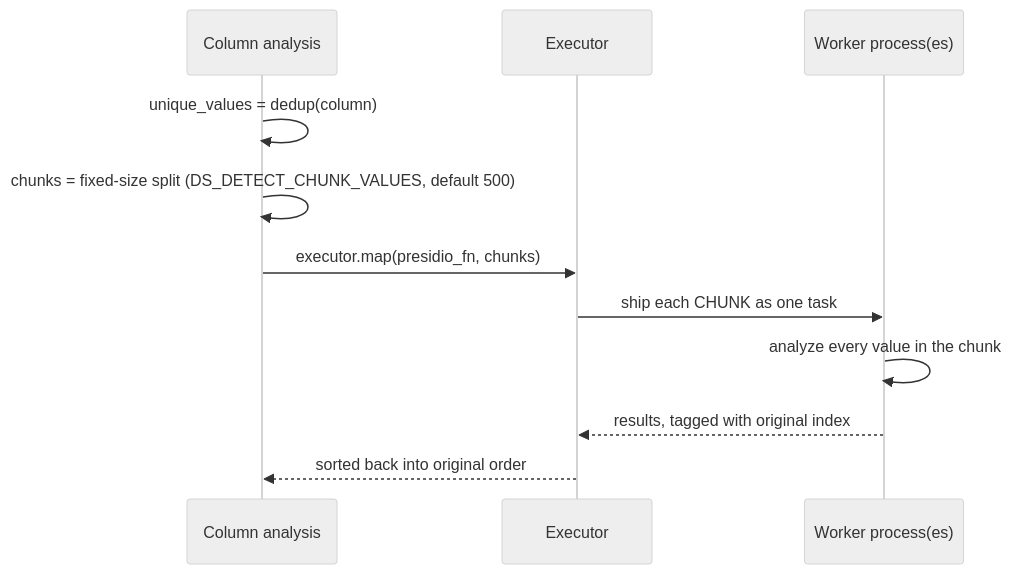
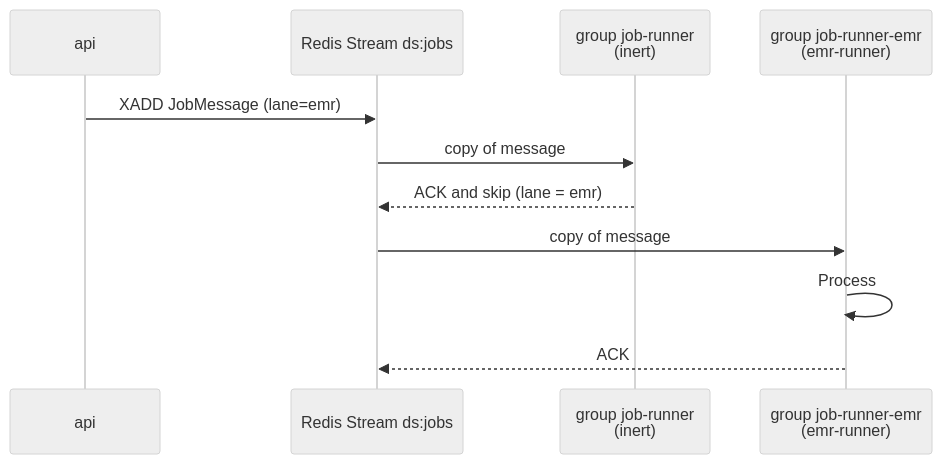
The second of 3 diagrams in docs/engineering/distributed-execution.md (DataShield-sp18/data-shield-docs), drawn with Mermaid (neutral theme) before and after one commit. The commit also changed other lines of this file and 7 other files, not shown here.

````diff
--- a/docs/engineering/distributed-execution.md
+++ b/docs/engineering/distributed-execution.md
@@ -78,13 +52,13 @@
 ```mermaid
 sequenceDiagram
-    participant Col as Column analysis
-    participant Exec as Executor
-    participant W as Worker process(es)
-    Col->>Col: unique_values = dedup(column)
-    Col->>Col: chunks = fixed-size split (DS_DETECT_CHUNK_VALUES, default 500)
-    Col->>Exec: executor.map(presidio_fn, chunks)
-    Exec->>W: ship each CHUNK as one task
-    W->>W: analyze every value in the chunk
-    W-->>Exec: results, tagged with original index
-    Exec-->>Col: sorted back into original order
+    participant API as api
+    participant RS as Redis Stream ds:jobs
+    participant G1 as group job-runner<br/>(inert)
+    participant G2 as group job-runner-emr<br/>(emr-runner)
+    API->>RS: XADD JobMessage (lane=emr)
+    RS->>G1: copy of message
+    G1-->>RS: ACK and skip (lane = emr)
+    RS->>G2: copy of message
+    G2->>G2: Process
+    G2-->>RS: ACK
 ```
````
